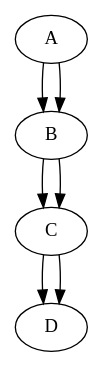
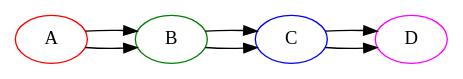
The diagram in data/03.fixed.paths.in.gv (graphviz-perl/GraphViz2-Marpa-PathUtils), drawn with Graphviz before and after one commit. The commit also changed 11 other files, not shown here.

```diff
--- a/data/03.fixed.paths.in.gv
+++ b/data/03.fixed.paths.in.gv
@@ -1,5 +1,13 @@
-digraph G {
-	style=bold;
+digraph G
+{
+	rankdir = LR
+	style   = bold;
+
+	A [color = red]
+	B [color = green]
+	C [color = blue]
+	D [color = magenta]
+
 	A -> B -> C -> D;
 	A -> B -> C -> D;
 }
```
